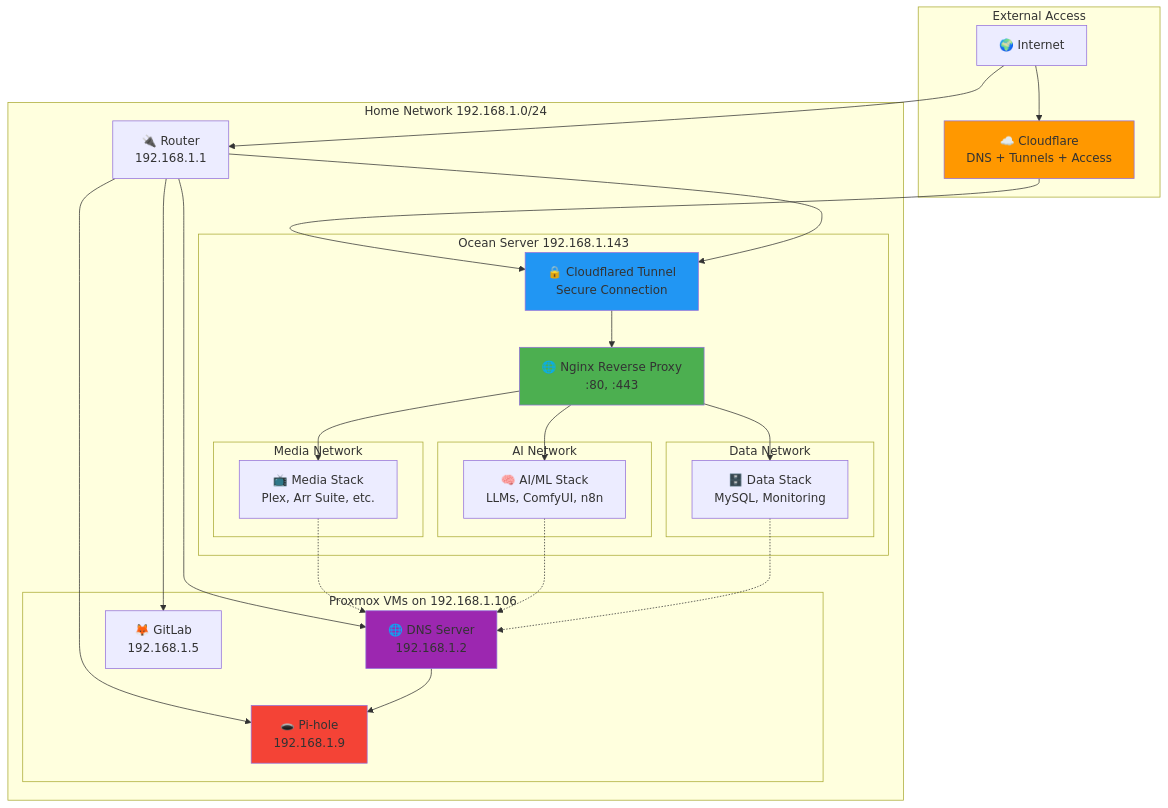
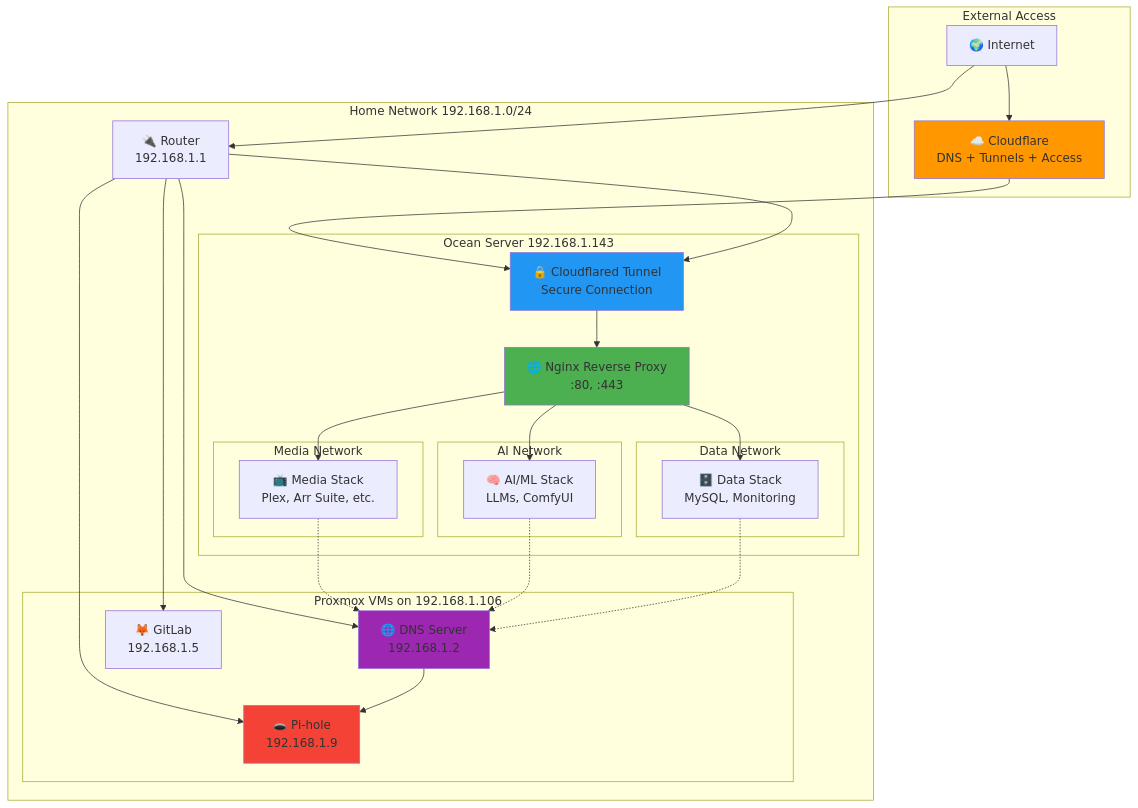
Before and after one commit to bluefishforsale/homelab: the diagram in docs/architecture/network-topology.md, drawn with Mermaid. The commit also changed 48 other files, not shown here.

````diff
--- a/docs/architecture/network-topology.md
+++ b/docs/architecture/network-topology.md
@@ -3,58 +3,58 @@
 ```mermaid
 graph TB
     subgraph "External Access"
         Internet[🌍 Internet]
         CF[☁️ Cloudflare<br/>DNS + Tunnels + Access]
     end
     
     subgraph "Home Network 192.168.1.0/24"
         Router[🔌 Router<br/>192.168.1.1]
         
         subgraph "Ocean Server 192.168.1.143"
             CFT[🔒 Cloudflared Tunnel<br/>Secure Connection]
             RP[🌐 Nginx Reverse Proxy<br/>:80, :443]
             
             subgraph "Media Network"
                 MediaServices[📺 Media Stack<br/>Plex, Arr Suite, etc.]
             end
             
             subgraph "AI Network" 
-                AIServices[🧠 AI/ML Stack<br/>LLMs, ComfyUI, n8n]
+                AIServices[🧠 AI/ML Stack<br/>LLMs, ComfyUI]
             end
             
             subgraph "Data Network"
                 DataServices[🗄️ Data Stack<br/>MySQL, Monitoring]
             end
         end
         
         subgraph "Proxmox VMs on 192.168.1.106"
             DNS[🌐 DNS Server<br/>192.168.1.2]
             PiHole[🕳️ Pi-hole<br/>192.168.1.9] 
             GitLab[🦊 GitLab<br/>192.168.1.5]
         end
     end
     
     Internet --> CF
     CF --> CFT
     CFT --> RP
     RP --> MediaServices
     RP --> AIServices
     RP --> DataServices
     
     Internet --> Router
     Router --> DNS
     Router --> PiHole
     Router --> GitLab
     Router --> CFT
     
     DNS --> PiHole
     MediaServices -.-> DNS
     AIServices -.-> DNS
     DataServices -.-> DNS
     
     style CF fill:#ff9800
     style CFT fill:#2196f3
     style RP fill:#4caf50
     style DNS fill:#9c27b0
     style PiHole fill:#f44336
 ```
````
